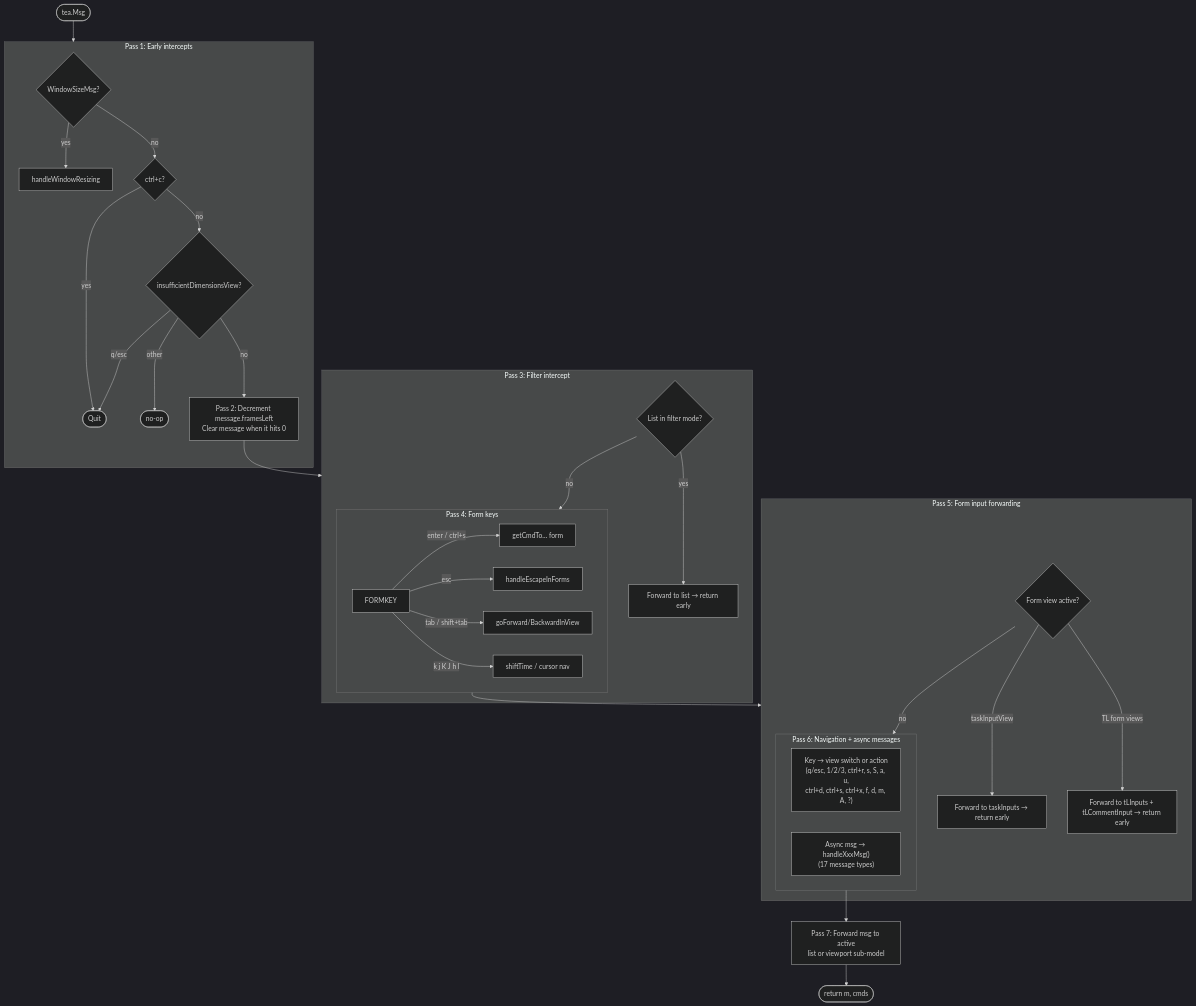
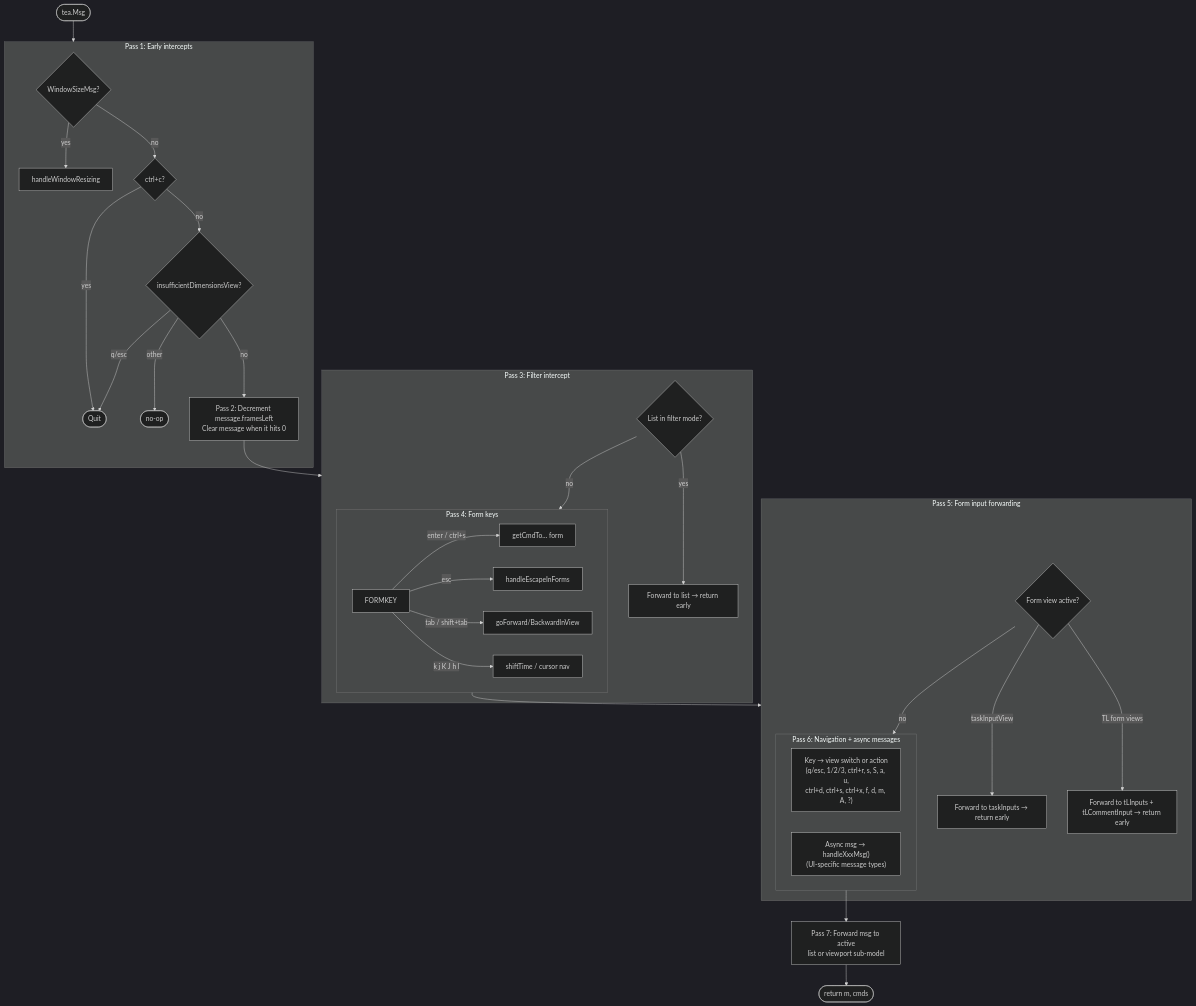
Before and after one commit to remshams/hours: the third of 6 diagrams in architecture/ui.md, drawn with Mermaid (dark theme). The commit also changed other lines of this file and 4 other files, not shown here.

````diff
--- a/architecture/ui.md
+++ b/architecture/ui.md
@@ -178,44 +178,44 @@
 ```mermaid
 flowchart TD
     MSG([tea.Msg]) --> P1
 
     subgraph P1["Pass 1: Early intercepts"]
         WS{WindowSizeMsg?} -->|yes| HWR[handleWindowResizing]
         WS -->|no| CTRLC{ctrl+c?}
         CTRLC -->|yes| QUIT([Quit])
         CTRLC -->|no| INSUF{insufficientDimensionsView?}
         INSUF -->|q/esc| QUIT
         INSUF -->|other| NOOP([no-op])
         INSUF -->|no| P2
     end
 
     P2["Pass 2: Decrement message.framesLeft\nClear message when it hits 0"] --> P3
 
     subgraph P3["Pass 3: Filter intercept"]
         FILT{List in filter mode?} -->|yes| FWDLIST[Forward to list → return early]
         FILT -->|no| P4
     end
 
     subgraph P4["Pass 4: Form keys"]
         FORMKEY -->|enter / ctrl+s| SUBMIT[getCmdTo… form]
         FORMKEY -->|esc| ESC[handleEscapeInForms]
         FORMKEY -->|tab / shift+tab| TABNAV[goForward/BackwardInView]
         FORMKEY -->|k j K J h l| SHIFT[shiftTime / cursor nav]
     end
 
     P4 --> P5
 
     subgraph P5["Pass 5: Form input forwarding"]
         FORMINPUT{Form view active?} -->|taskInputView| FWDTASK[Forward to taskInputs → return early]
         FORMINPUT -->|TL form views| FWDTL[Forward to tLInputs + tLCommentInput → return early]
         FORMINPUT -->|no| P6
     end
 
     subgraph P6["Pass 6: Navigation + async messages"]
         NAVKEYS["Key → view switch or action\n(q/esc, 1/2/3, ctrl+r, s, S, a, u,\nctrl+d, ctrl+s, ctrl+x, f, d, m, A, ?)"]
-        ASYNCMSGS["Async msg → handleXxxMsg()\n(17 message types)"]
+        ASYNCMSGS["Async msg → handleXxxMsg()\n(UI-specific message types)"]
     end
 
     P6 --> P7["Pass 7: Forward msg to active\nlist or viewport sub-model"]
     P7 --> RETURN([return m, cmds])
 ```
````
